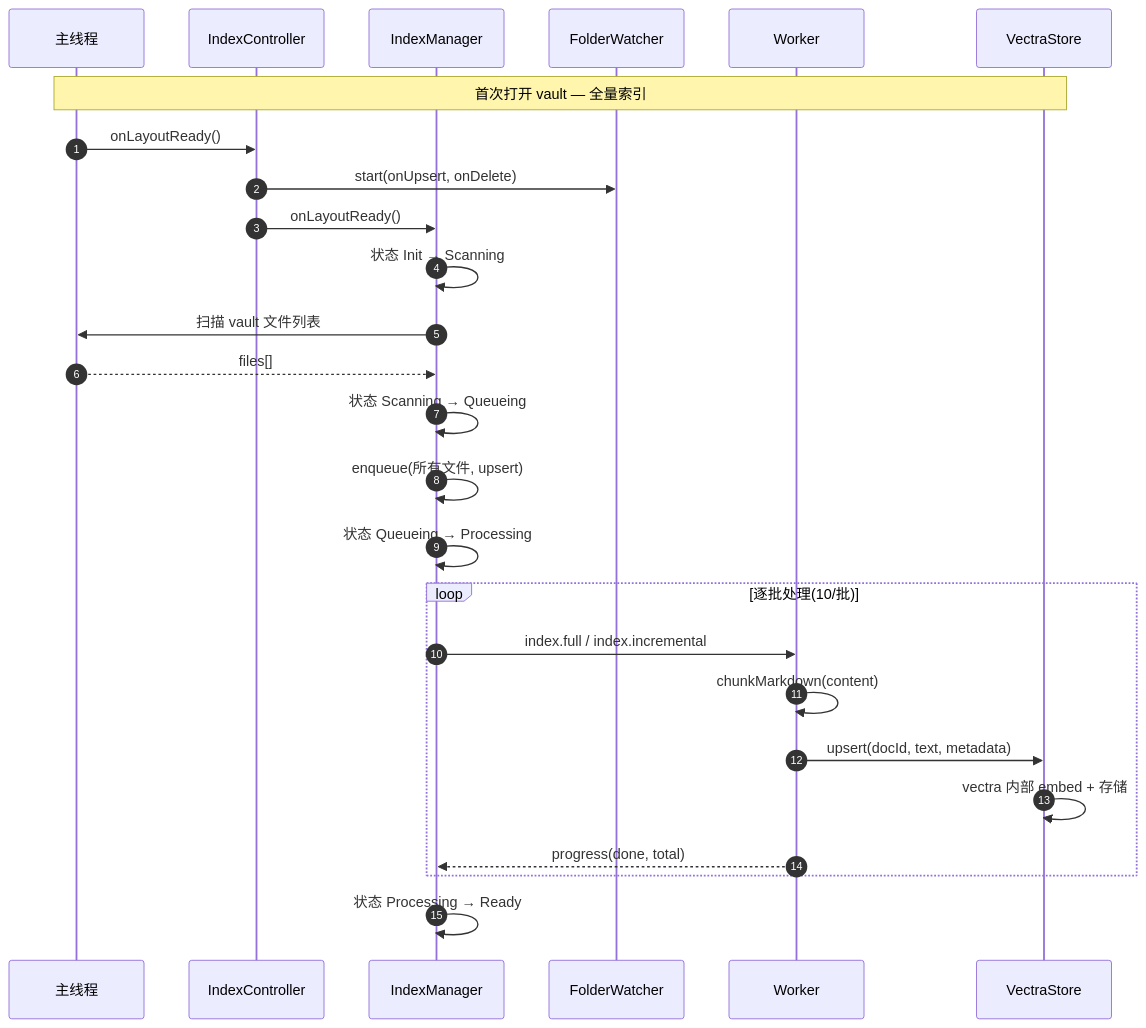
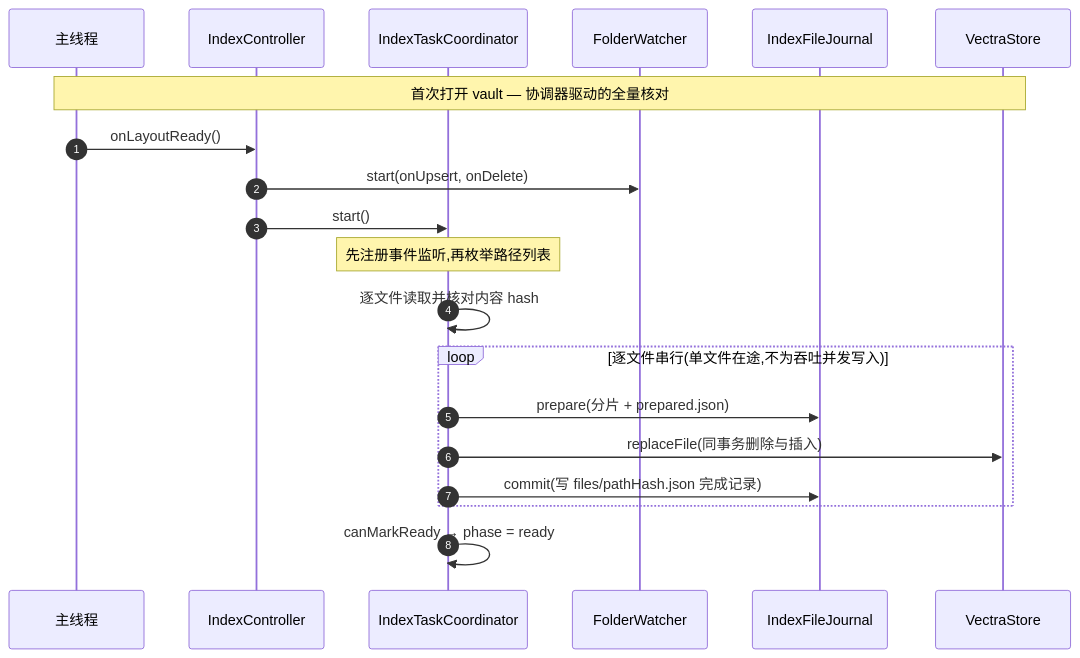
Before and after one commit to golddream-y/obsidian-ratel: the first of 8 diagrams in docs/architecture/rag/vector-index.md, drawn with Mermaid. The commit also changed other lines of this file and 26 other files, not shown here.

````diff
--- a/docs/architecture/rag/vector-index.md
+++ b/docs/architecture/rag/vector-index.md
@@ -56,30 +58,24 @@
 ```mermaid
 sequenceDiagram
     autonumber
     participant Main as 主线程
     participant IC as IndexController
-    participant IM as IndexManager
+    participant TC as IndexTaskCoordinator
     participant FW as FolderWatcher
-    participant WP as Worker
+    participant J as IndexFileJournal
     participant VS as VectraStore
 
-    Note over Main,VS: 首次打开 vault — 全量索引
+    Note over Main,VS: 首次打开 vault — 协调器驱动的全量核对
 
     Main->>IC: onLayoutReady()
     IC->>FW: start(onUpsert, onDelete)
-    IC->>IM: onLayoutReady()
-    IM->>IM: 状态 Init → Scanning
-    IM->>Main: 扫描 vault 文件列表
-    Main-->>IM: files[]
-    IM->>IM: 状态 Scanning → Queueing
-    IM->>IM: enqueue(所有文件, upsert)
-    IM->>IM: 状态 Queueing → Processing
-    loop 逐批处理(10/批)
-        IM->>WP: index.full / index.incremental
-        WP->>WP: chunkMarkdown(content)
-        WP->>VS: upsert(docId, text, metadata)
-        VS->>VS: vectra 内部 embed + 存储
-        WP-->>IM: progress(done, total)
+    IC->>TC: start()
+    Note over TC: 先注册事件监听,再枚举路径列表
+    TC->>TC: 逐文件读取并核对内容 hash
+    loop 逐文件串行(单文件在途,不为吞吐并发写入)
+        TC->>J: prepare(分片 + prepared.json)
+        TC->>VS: replaceFile(同事务删除与插入)
+        TC->>J: commit(写 files/pathHash.json 完成记录)
     end
-    IM->>IM: 状态 Processing → Ready
+    TC->>TC: canMarkReady → phase = ready
 ```
````
